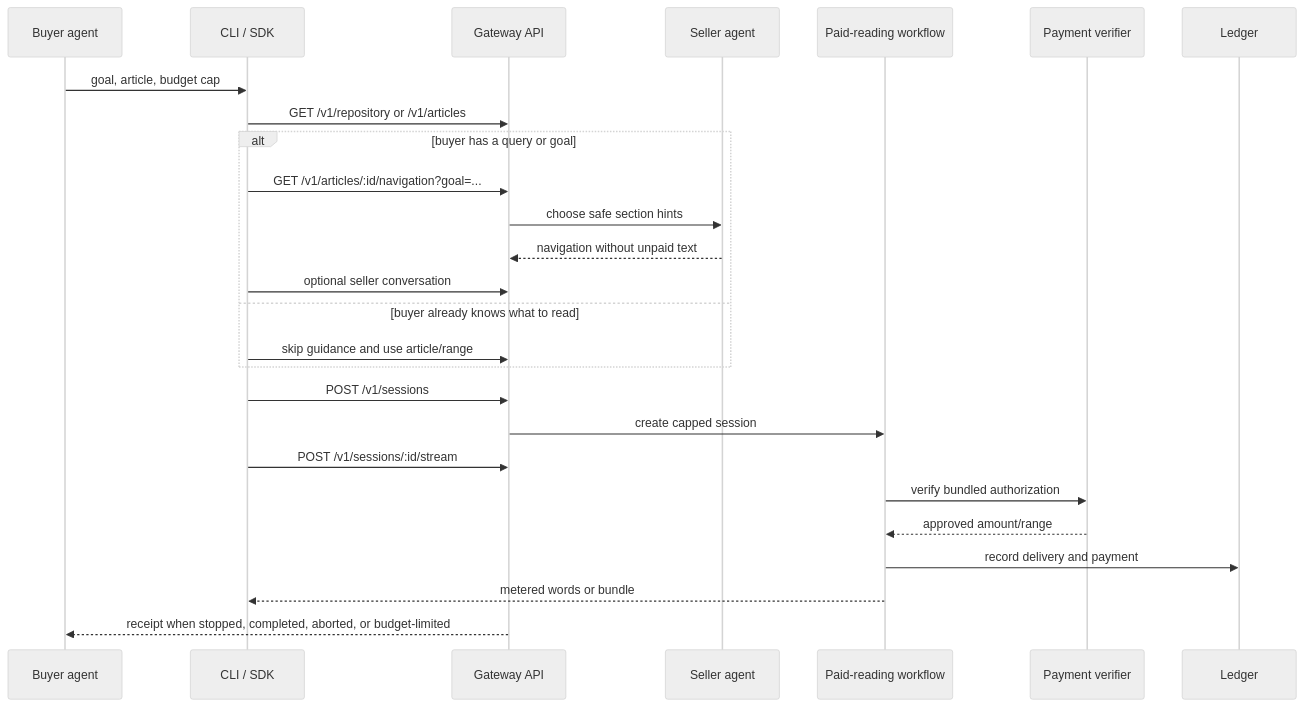
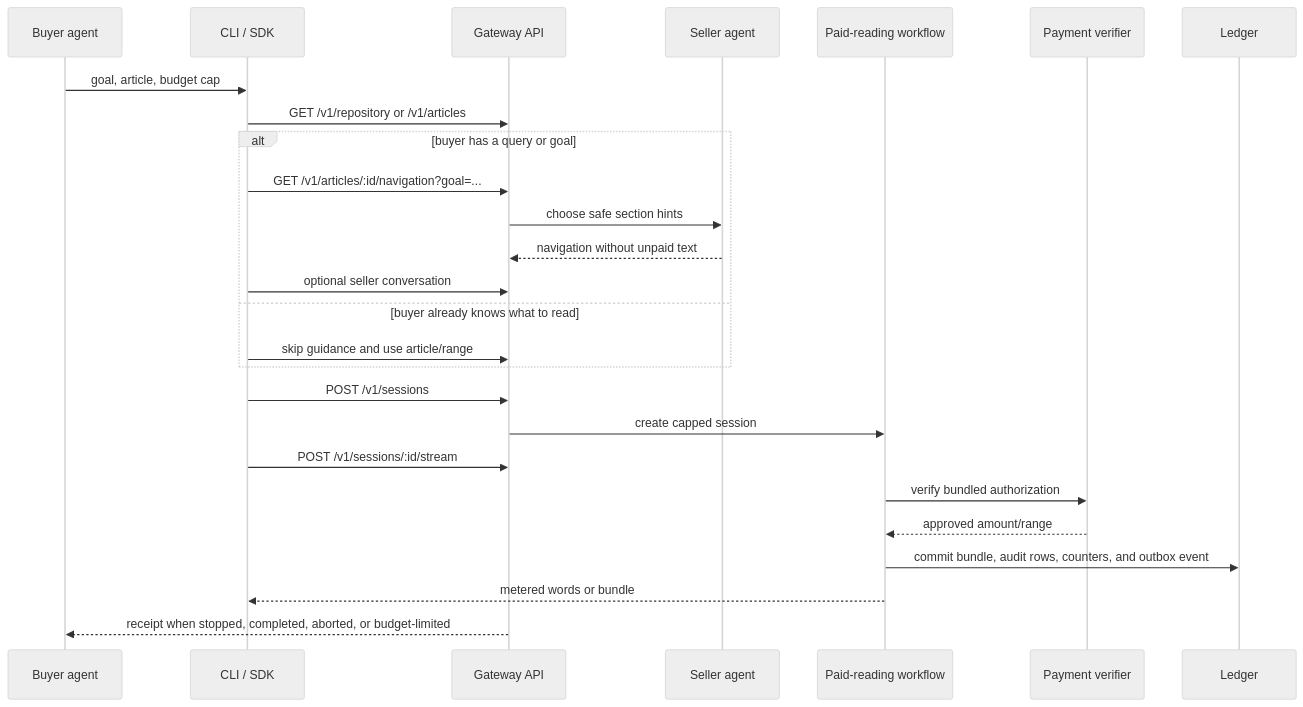
One commit to michaelzoub/rubicon changed the second of 4 diagrams in README.md. Above: the diagram before and after it, drawn with Mermaid (neutral theme). The commit also changed other lines of this file and 48 other files, not shown here.

Commit message:
feat(gateway): add bundle ledger and ClickHouse analytics pipeline

````diff
--- a/README.md
+++ b/README.md
@@ -59,29 +59,29 @@
 ```mermaid
 sequenceDiagram
   participant Buyer as Buyer agent
   participant SDK as CLI / SDK
   participant API as Gateway API
   participant Seller as Seller agent
   participant Workflow as Paid-reading workflow
   participant Pay as Payment verifier
   participant Ledger as Ledger
 
   Buyer->>SDK: goal, article, budget cap
   SDK->>API: GET /v1/repository or /v1/articles
   alt buyer has a query or goal
     SDK->>API: GET /v1/articles/:id/navigation?goal=...
     API->>Seller: choose safe section hints
     Seller-->>API: navigation without unpaid text
     SDK->>API: optional seller conversation
   else buyer already knows what to read
     SDK->>API: skip guidance and use article/range
   end
   SDK->>API: POST /v1/sessions
   API->>Workflow: create capped session
   SDK->>API: POST /v1/sessions/:id/stream
   Workflow->>Pay: verify bundled authorization
   Pay-->>Workflow: approved amount/range
-  Workflow->>Ledger: record delivery and payment
+  Workflow->>Ledger: commit bundle, audit rows, counters, and outbox event
   Workflow-->>SDK: metered words or bundle
   API-->>Buyer: receipt when stopped, completed, aborted, or budget-limited
 ```
````
